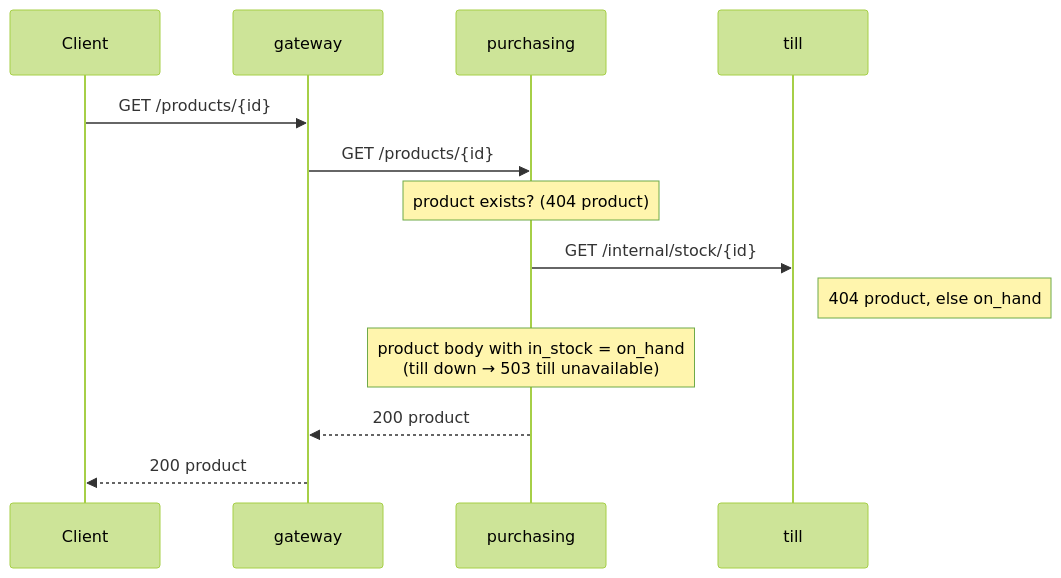
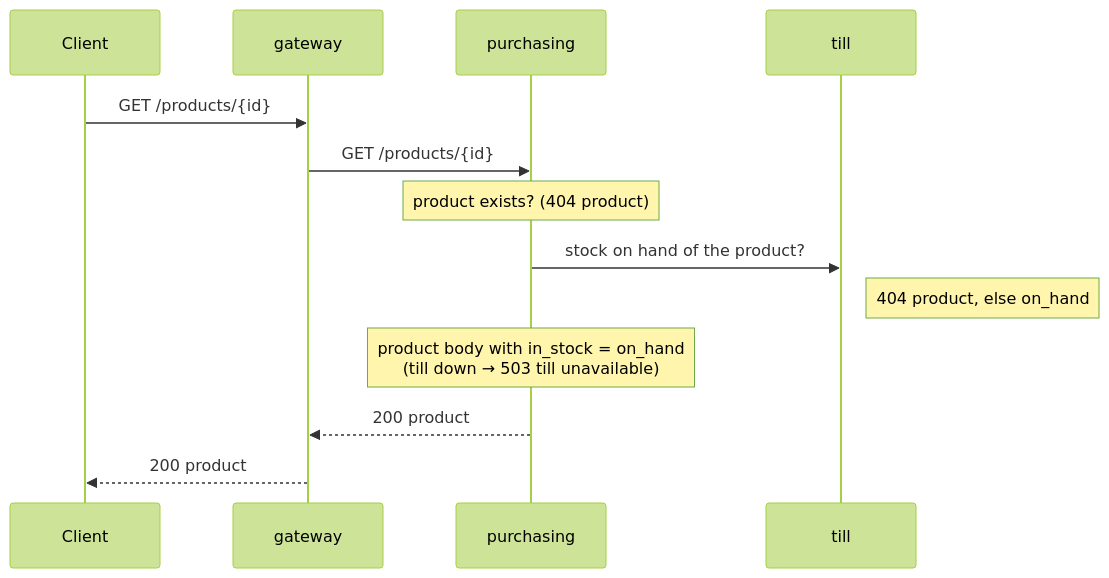
One commit to karliskalnakarklis/Group-F changed diagram 11 of 15 in docs/design.md. Above: the diagram before and after it, drawn with Mermaid (forest theme). The commit also changed other lines of this file, not shown here.

Commit message:
Fix variant B diagrams and clean up design

````diff
--- a/docs/design.md
+++ b/docs/design.md
@@ -581,15 +577,15 @@
 ```mermaid
 sequenceDiagram
     participant C as Client
     participant G as gateway
     participant P as purchasing
     participant T as till
     C->>G: GET /products/{id}
     G->>P: GET /products/{id}
     Note over P: product exists? (404 product)
-    P->>T: GET /internal/stock/{id}
+    P->>T: stock on hand of the product?
     Note right of T: 404 product, else on_hand
     Note over P: product body with in_stock = on_hand<br/>(till down → 503 till unavailable)
     P-->>G: 200 product
     G-->>C: 200 product
 ```
````
